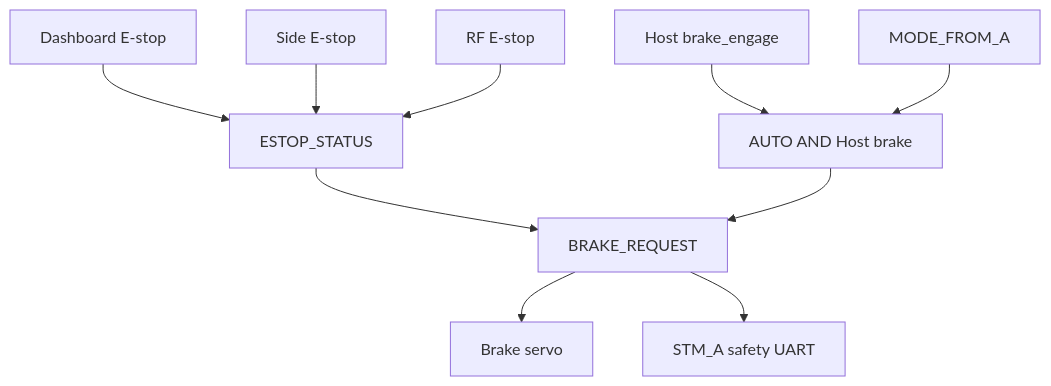
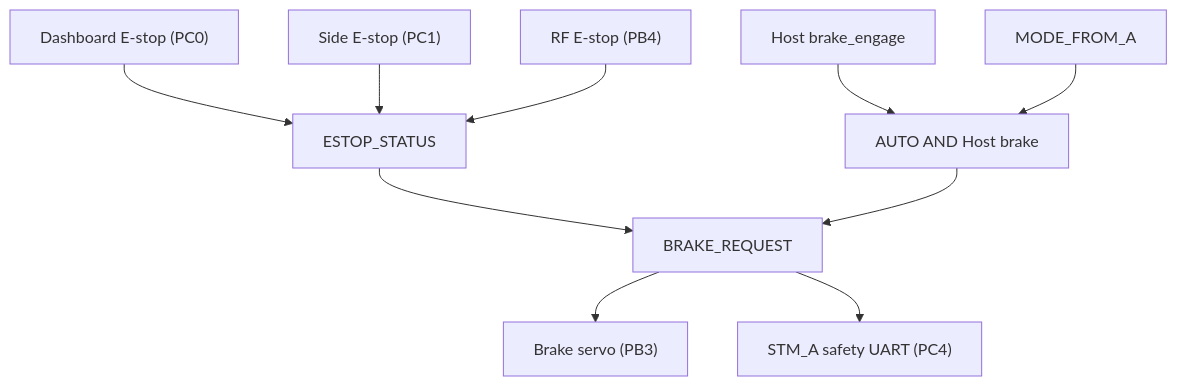
Before and after one commit to shinjuyeop/Control: the diagram in firmware/STM_B/README.md, drawn with Mermaid. The commit also changed other lines of this file and 4 other files, not shown here.

````diff
--- a/firmware/STM_B/README.md
+++ b/firmware/STM_B/README.md
@@ -141,23 +219,23 @@
 ```mermaid
 flowchart TD
-    Dash["Dashboard E-stop"]
-    Side["Side E-stop"]
-    RF["RF E-stop"]
+    Dash["Dashboard E-stop (PC0)"]
+    Side["Side E-stop (PC1)"]
+    RF["RF E-stop (PB4)"]
     EStop["ESTOP_STATUS"]
     Host["Host brake_engage"]
     Mode["MODE_FROM_A"]
     Auto["AUTO AND Host brake"]
     Final["BRAKE_REQUEST"]
-    Servo["Brake servo"]
-    A["STM_A safety UART"]
+    Servo["Brake servo (PB3)"]
+    A["STM_A safety UART (PC4)"]
 
     Dash --> EStop
     Side --> EStop
     RF --> EStop
     Host --> Auto
     Mode --> Auto
     EStop --> Final
     Auto --> Final
     Final --> Servo
     Final --> A
 ```
````
